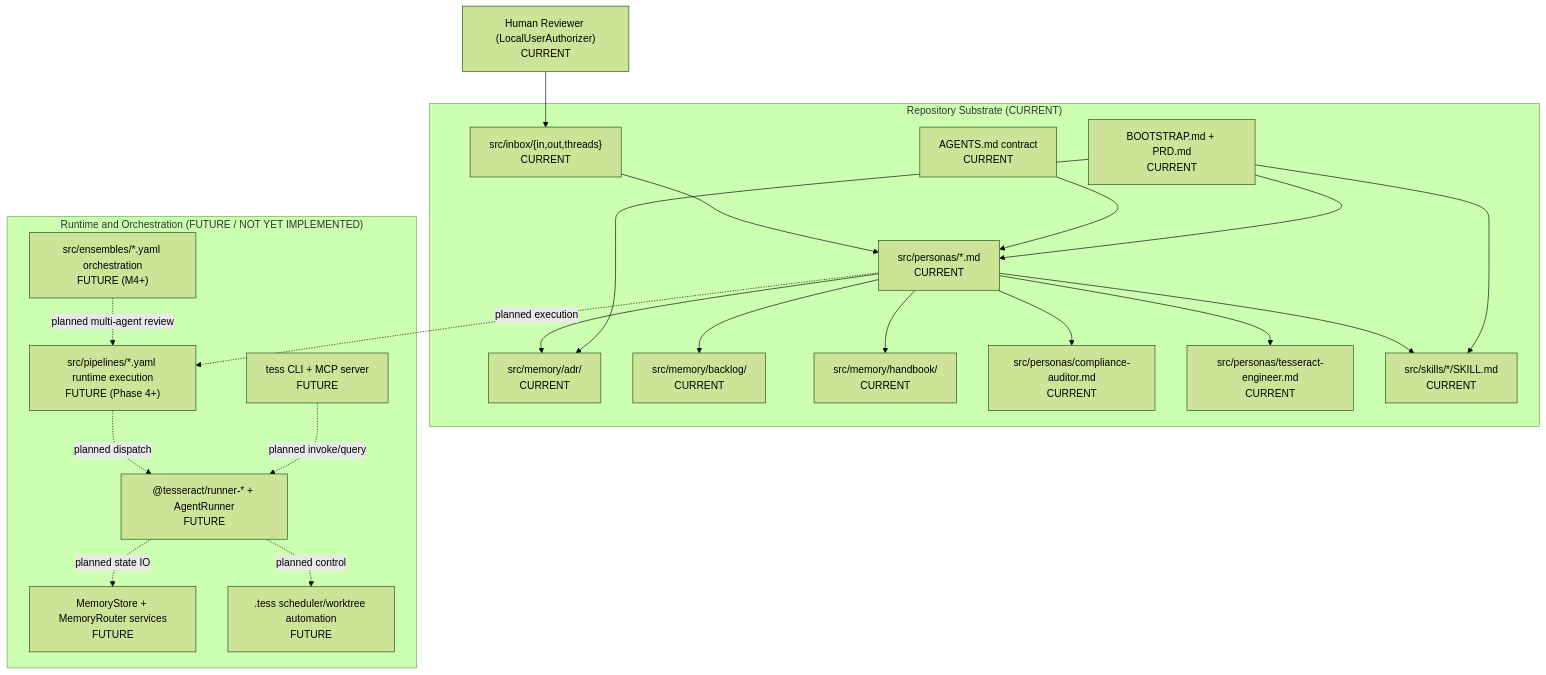
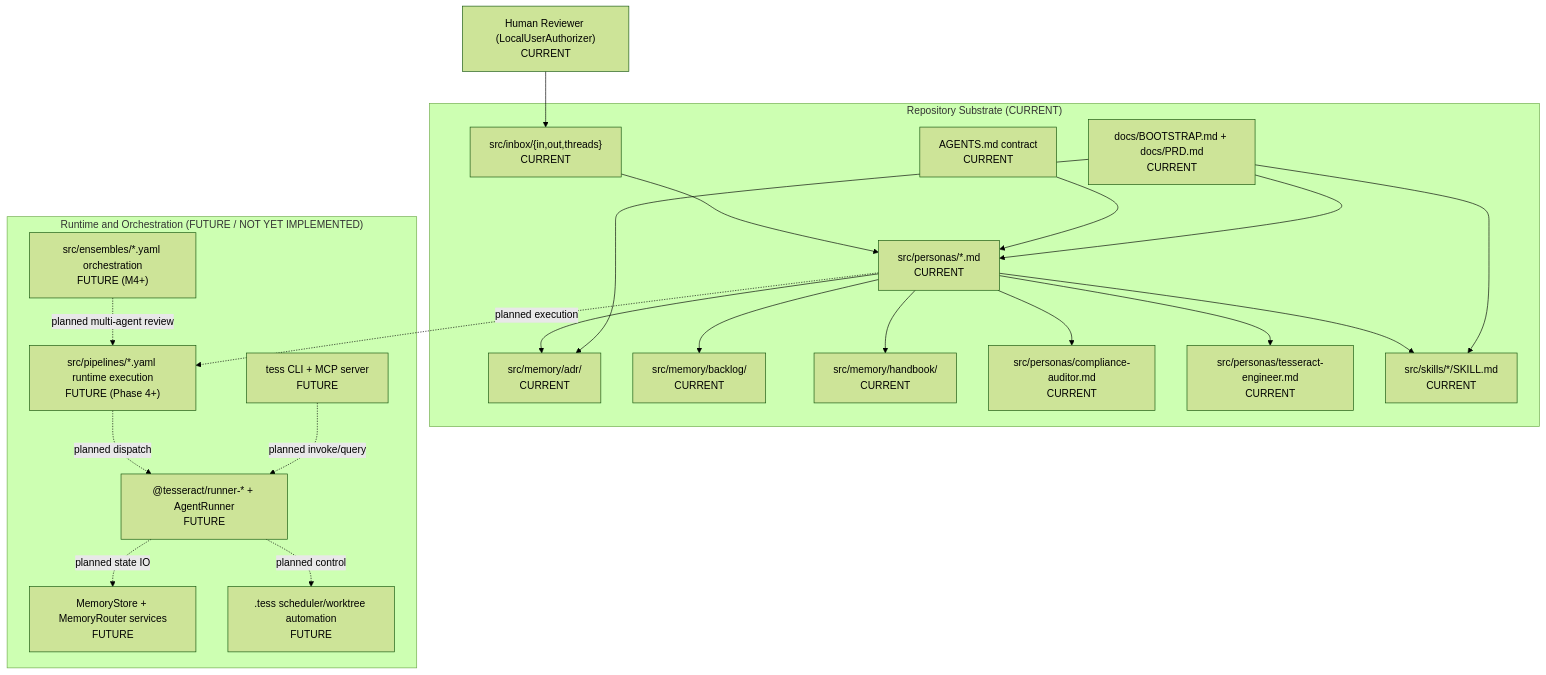
The diagram in src/memory/adr/0002-system-architecture-map.md (alenlukic/pancreator), drawn with Mermaid (forest theme) before and after one commit. The commit also changed other lines of this file and 207 other files, not shown here.

````diff
--- a/src/memory/adr/0002-system-architecture-map.md
+++ b/src/memory/adr/0002-system-architecture-map.md
@@ -85,46 +85,46 @@
 ```mermaid
 flowchart TB
     Human["Human Reviewer (LocalUserAuthorizer)\nCURRENT"]
 
     subgraph Repo["Repository Substrate (CURRENT)"]
       AGENTS["AGENTS.md contract\nCURRENT"]
       INBOX["src/inbox/{in,out,threads}\nCURRENT"]
       ADR["src/memory/adr/\nCURRENT"]
       BACKLOG["src/memory/backlog/\nCURRENT"]
       HANDBOOK["src/memory/handbook/\nCURRENT"]
       PERSONAS["src/personas/*.md\nCURRENT"]
       COMPLIANCE["src/personas/compliance-auditor.md\nCURRENT"]
       TENGINEER["src/personas/tesseract-engineer.md\nCURRENT"]
       SKILLS["src/skills/*/SKILL.md\nCURRENT"]
-      BOOT["BOOTSTRAP.md + PRD.md\nCURRENT"]
+      BOOT["docs/BOOTSTRAP.md + docs/PRD.md\nCURRENT"]
     end
 
     subgraph Runtime["Runtime and Orchestration (FUTURE / NOT YET IMPLEMENTED)"]
       PIPELINES["src/pipelines/*.yaml runtime execution\nFUTURE (Phase 4+)"]
       ENSEMBLES["src/ensembles/*.yaml orchestration\nFUTURE (M4+)"]
       RUNNER["@tesseract/runner-* + AgentRunner\nFUTURE"]
       MEMORY["MemoryStore + MemoryRouter services\nFUTURE"]
       CLI["tess CLI + MCP server\nFUTURE"]
       CONTROL[".tess scheduler/worktree automation\nFUTURE"]
     end
 
     Human --> INBOX
     INBOX --> PERSONAS
     PERSONAS --> COMPLIANCE
     PERSONAS --> TENGINEER
     PERSONAS --> SKILLS
     PERSONAS --> ADR
     PERSONAS --> BACKLOG
     PERSONAS --> HANDBOOK
     AGENTS --> PERSONAS
     BOOT --> PERSONAS
     BOOT --> SKILLS
     BOOT --> ADR
 
     PERSONAS -. planned execution .-> PIPELINES
     PIPELINES -. planned dispatch .-> RUNNER
     RUNNER -. planned state IO .-> MEMORY
     RUNNER -. planned control .-> CONTROL
     CLI -. planned invoke/query .-> RUNNER
     ENSEMBLES -. planned multi-agent review .-> PIPELINES
 ```
````
